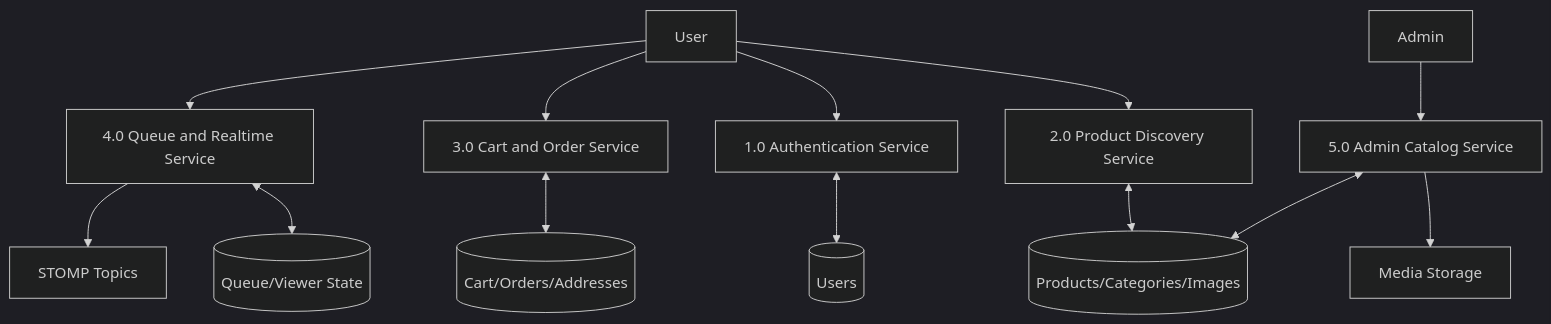
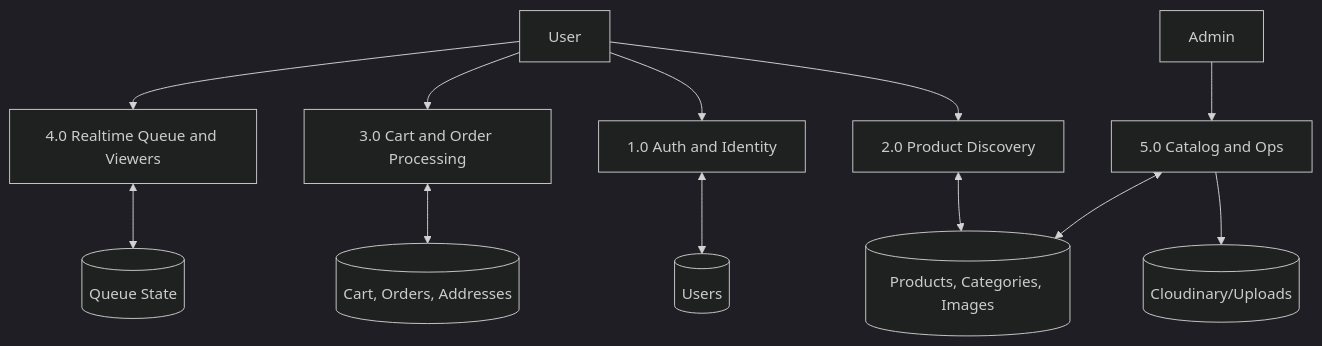
The fifth of 5 diagrams in README.md (mundkes-tech/RocketDrop), drawn with Mermaid (dark theme) before and after one commit. The commit also changed other lines of this file, not shown here.

````diff
--- a/README.md
+++ b/README.md
@@ -96,17 +117,15 @@
 ```mermaid
 flowchart TD
-    U[User] --> P1[1.0 Authentication Service]
-    U --> P2[2.0 Product Discovery Service]
-    U --> P3[3.0 Cart and Order Service]
-    U --> P4[4.0 Queue and Realtime Service]
-    A[Admin] --> P5[5.0 Admin Catalog Service]
+    U[User] --> A1[1.0 Auth and Identity]
+    U --> A2[2.0 Product Discovery]
+    U --> A3[3.0 Cart and Order Processing]
+    U --> A4[4.0 Realtime Queue and Viewers]
+    AD[Admin] --> A5[5.0 Catalog and Ops]
 
-    P1 <--> D1[(Users)]
-    P2 <--> D2[(Products/Categories/Images)]
-    P3 <--> D3[(Cart/Orders/Addresses)]
-    P4 <--> D4[(Queue/Viewer State)]
-    P5 <--> D2
-
-    P5 --> M[Media Storage]
-    P4 --> T[STOMP Topics]
+    A1 <--> D1[(Users)]
+    A2 <--> D2[(Products, Categories, Images)]
+    A3 <--> D3[(Cart, Orders, Addresses)]
+    A4 <--> D4[(Queue State)]
+    A5 <--> D2
+    A5 --> Media[(Cloudinary/Uploads)]
 ```
````
